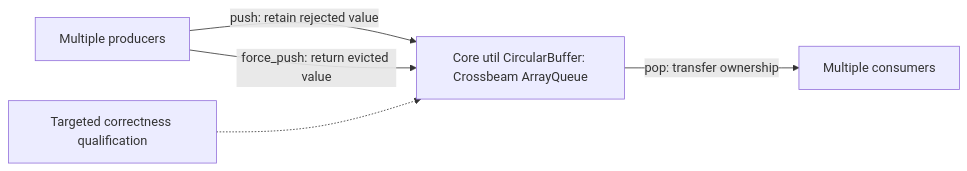
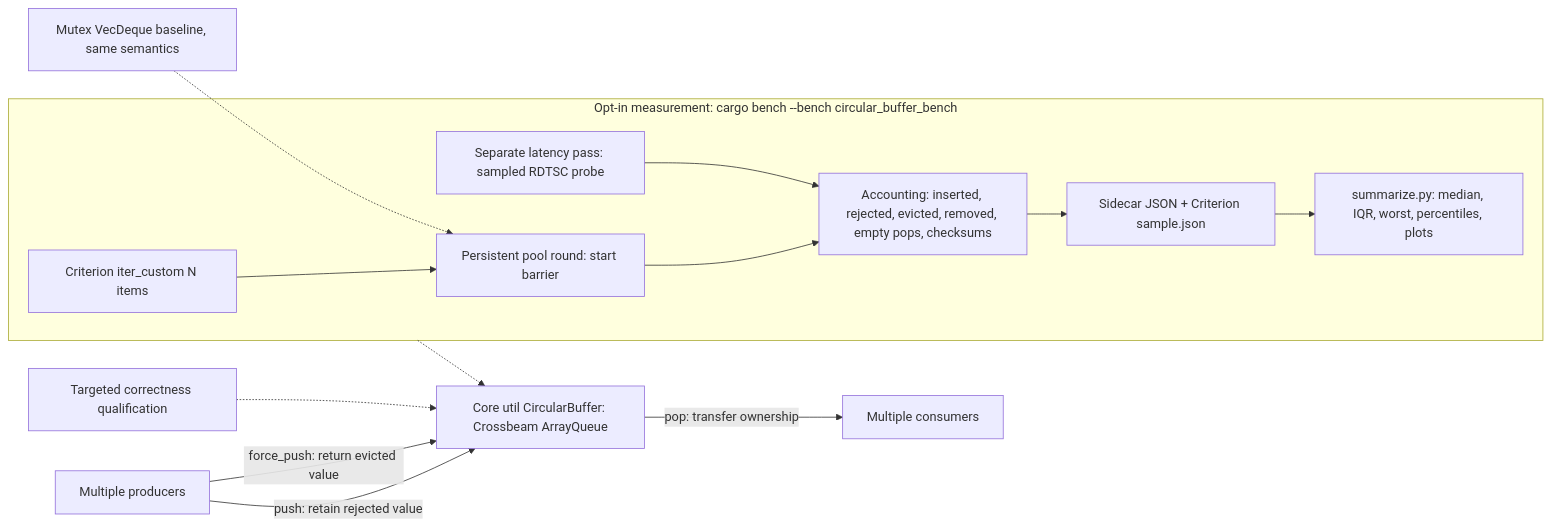
One commit to hymeko-framework/core changed the diagram in docs/plans/2026-09-13-concurrent-circular-buffer/plan.mmd. Above: the diagram before and after it, drawn with Mermaid. The commit also changed 5 other files, not shown here.

```diff
--- a/docs/plans/2026-09-13-concurrent-circular-buffer/plan.mmd
+++ b/docs/plans/2026-09-13-concurrent-circular-buffer/plan.mmd
@@ -1,5 +1,14 @@
 flowchart LR
   P[Multiple producers] -->|push: retain rejected value| Q[Core util CircularBuffer: Crossbeam ArrayQueue]
   P -->|force_push: return evicted value| Q
   Q -->|pop: transfer ownership| C[Multiple consumers]
   T[Targeted correctness qualification] -.-> Q
+  subgraph M[Opt-in measurement: cargo bench --bench circular_buffer_bench]
+    K[Criterion iter_custom N items] --> R[Persistent pool round: start barrier]
+    R --> A[Accounting: inserted, rejected, evicted, removed, empty pops, checksums]
+    L[Separate latency pass: sampled RDTSC probe] --> A
+    A --> J[Sidecar JSON + Criterion sample.json]
+    J --> S[summarize.py: median, IQR, worst, percentiles, plots]
+  end
+  B[Mutex VecDeque baseline, same semantics] -.-> R
+  M -.-> Q
```
